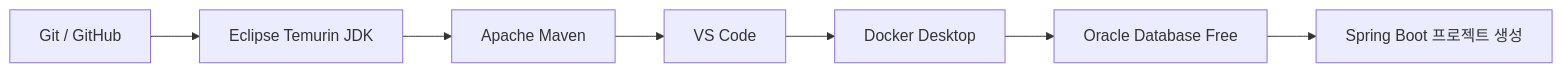
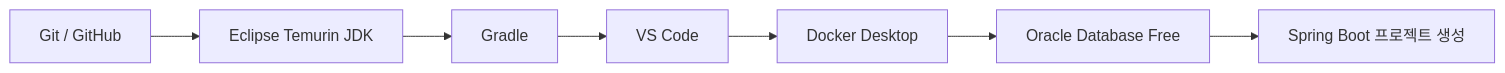
One commit to Team-Microserver/microserver-docs changed the first of 4 diagrams in docs/01_project_start/02_environment/database/docker_desktop_setup.md. Above: the diagram before and after it, drawn with Mermaid. The commit also changed other lines of this file and 30 other files, not shown here.

````diff
--- a/docs/01_project_start/02_environment/database/docker_desktop_setup.md
+++ b/docs/01_project_start/02_environment/database/docker_desktop_setup.md
@@ -41,9 +41,9 @@
 ```mermaid
 flowchart LR
     A[Git / GitHub] --> B[Eclipse Temurin JDK]
-    B --> C[Apache Maven]
+    B --> C[Gradle]
     C --> D[VS Code]
     D --> E[Docker Desktop]
     E --> F[Oracle Database Free]
     F --> G[Spring Boot 프로젝트 생성]
 ```
````
